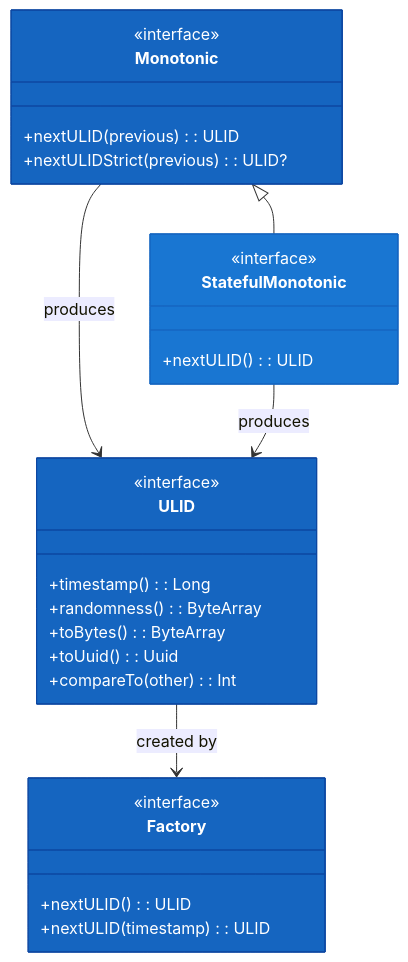
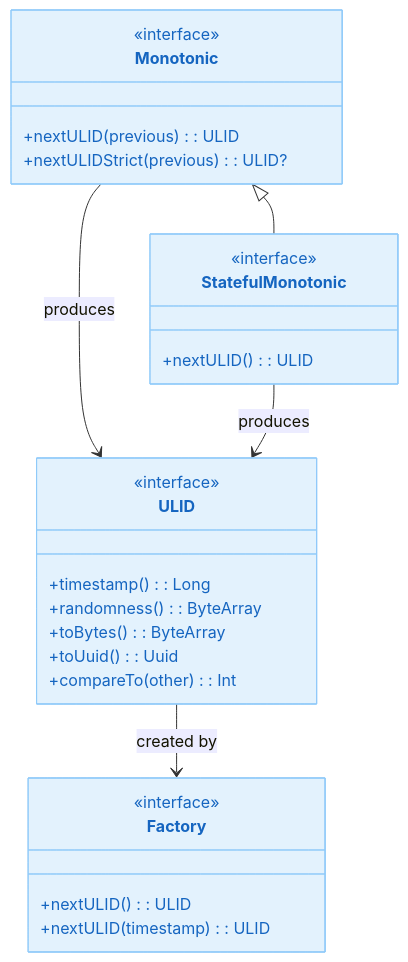
The fourth of 5 diagrams in utils/idgenerators/README.ko.md (bluetape4k/bluetape4k-projects), drawn with Mermaid before and after one commit. The commit also changed other lines of this file and 219 other files, not shown here.

First line of the commit message:
docs: 전체 README Mermaid 다이어그램 가이드 적용

````diff
--- a/utils/idgenerators/README.ko.md
+++ b/utils/idgenerators/README.ko.md
@@ -237,35 +237,35 @@
 ```mermaid
 classDiagram
     class ULID {
         <<interface>>
         +timestamp(): Long
         +randomness(): ByteArray
         +toBytes(): ByteArray
         +toUuid(): Uuid
         +compareTo(other): Int
     }
     class Factory {
         <<interface>>
         +nextULID(): ULID
         +nextULID(timestamp): ULID
     }
     class Monotonic {
         <<interface>>
         +nextULID(previous): ULID
         +nextULIDStrict(previous): ULID?
     }
     class StatefulMonotonic {
         <<interface>>
         +nextULID(): ULID
     }
 
     ULID --> Factory : created by
     Monotonic --> ULID : produces
     StatefulMonotonic --> ULID : produces
     Monotonic <|-- StatefulMonotonic
 
-    style ULID fill:#1565C0,stroke:#0D47A1,color:#FFFFFF
-    style Factory fill:#1565C0,stroke:#0D47A1,color:#FFFFFF
-    style Monotonic fill:#1565C0,stroke:#0D47A1,color:#FFFFFF
-    style StatefulMonotonic fill:#1976D2,stroke:#1565C0,color:#FFFFFF
+    style ULID fill:#E3F2FD,stroke:#90CAF9,color:#1565C0
+    style Factory fill:#E3F2FD,stroke:#90CAF9,color:#1565C0
+    style Monotonic fill:#E3F2FD,stroke:#90CAF9,color:#1565C0
+    style StatefulMonotonic fill:#E3F2FD,stroke:#90CAF9,color:#1565C0
 ```
````
